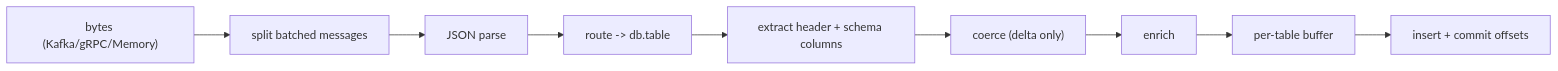
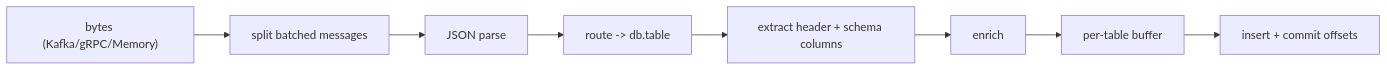
One commit to hyperi-io/dfe-loader changed the diagram in docs/pipeline/OVERVIEW.md. Above: the diagram before and after it, drawn with Mermaid. The commit also changed other lines of this file and 19 other files, not shown here.

````diff
--- a/docs/pipeline/OVERVIEW.md
+++ b/docs/pipeline/OVERVIEW.md
@@ -19,13 +19,12 @@
 ```mermaid
 flowchart LR
     M["bytes (Kafka/gRPC/Memory)"]
     S["split batched messages"]
     P["JSON parse"]
     R["route -> db.table"]
     X["extract header + schema columns"]
-    C["coerce (delta only)"]
     E["enrich"]
     B["per-table buffer"]
     I["insert + commit offsets"]
-    M --> S --> P --> R --> X --> C --> E --> B --> I
+    M --> S --> P --> R --> X --> E --> B --> I
 ```
````
